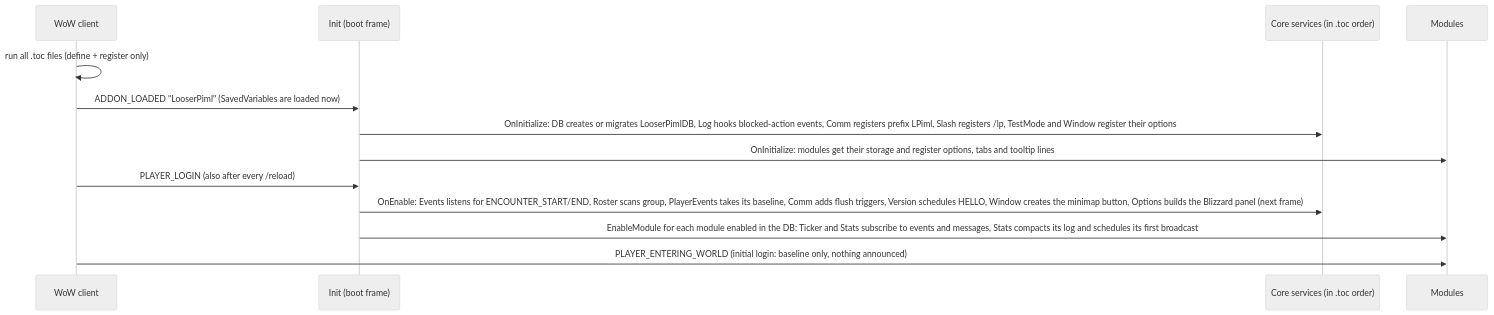
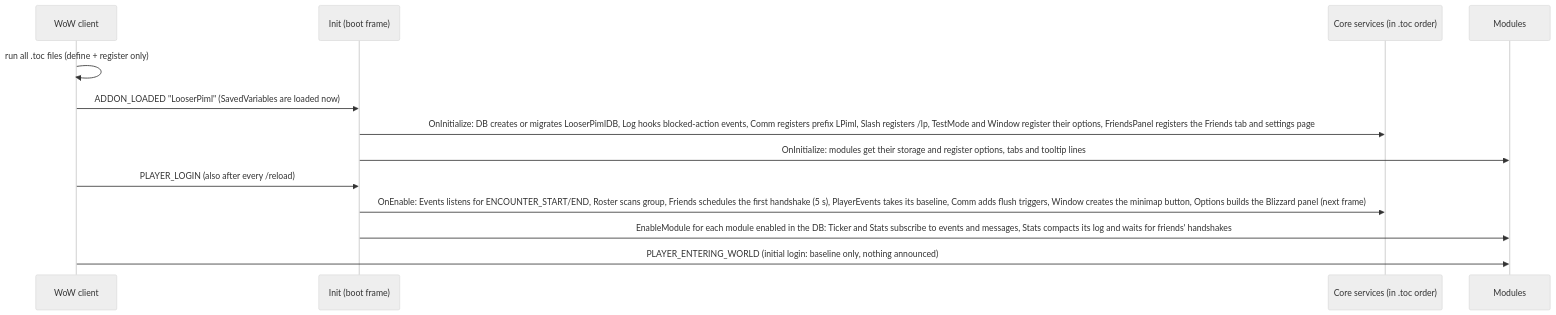
One commit to snoopjust/LooserPiml changed the second of 7 diagrams in ARCHITECTURE.md. Above: the diagram before and after it, drawn with Mermaid (neutral theme). The commit also changed other lines of this file and 1 other file, not shown here.

First line of the commit message:
Document the friends-only communication rule

````diff
--- a/ARCHITECTURE.md
+++ b/ARCHITECTURE.md
@@ -108,15 +114,15 @@
 ```mermaid
 sequenceDiagram
     participant G as WoW client
     participant I as Init (boot frame)
     participant C as Core services (in .toc order)
     participant M as Modules
     G->>G: run all .toc files (define + register only)
     G->>I: ADDON_LOADED "LooserPiml" (SavedVariables are loaded now)
-    I->>C: OnInitialize: DB creates or migrates LooserPimlDB, Log hooks blocked-action events, Comm registers prefix LPiml, Slash registers /lp, TestMode and Window register their options
+    I->>C: OnInitialize: DB creates or migrates LooserPimlDB, Log hooks blocked-action events, Comm registers prefix LPiml, Slash registers /lp, TestMode and Window register their options, FriendsPanel registers the Friends tab and settings page
     I->>M: OnInitialize: modules get their storage and register options, tabs and tooltip lines
     G->>I: PLAYER_LOGIN (also after every /reload)
-    I->>C: OnEnable: Events listens for ENCOUNTER_START/END, Roster scans group, PlayerEvents takes its baseline, Comm adds flush triggers, Version schedules HELLO, Window creates the minimap button, Options builds the Blizzard panel (next frame)
-    I->>M: EnableModule for each module enabled in the DB: Ticker and Stats subscribe to events and messages, Stats compacts its log and schedules its first broadcast
+    I->>C: OnEnable: Events listens for ENCOUNTER_START/END, Roster scans group, Friends schedules the first handshake (5 s), PlayerEvents takes its baseline, Comm adds flush triggers, Window creates the minimap button, Options builds the Blizzard panel (next frame)
+    I->>M: EnableModule for each module enabled in the DB: Ticker and Stats subscribe to events and messages, Stats compacts its log and waits for friends' handshakes
     G->>M: PLAYER_ENTERING_WORLD (initial login: baseline only, nothing announced)
 ```
````
